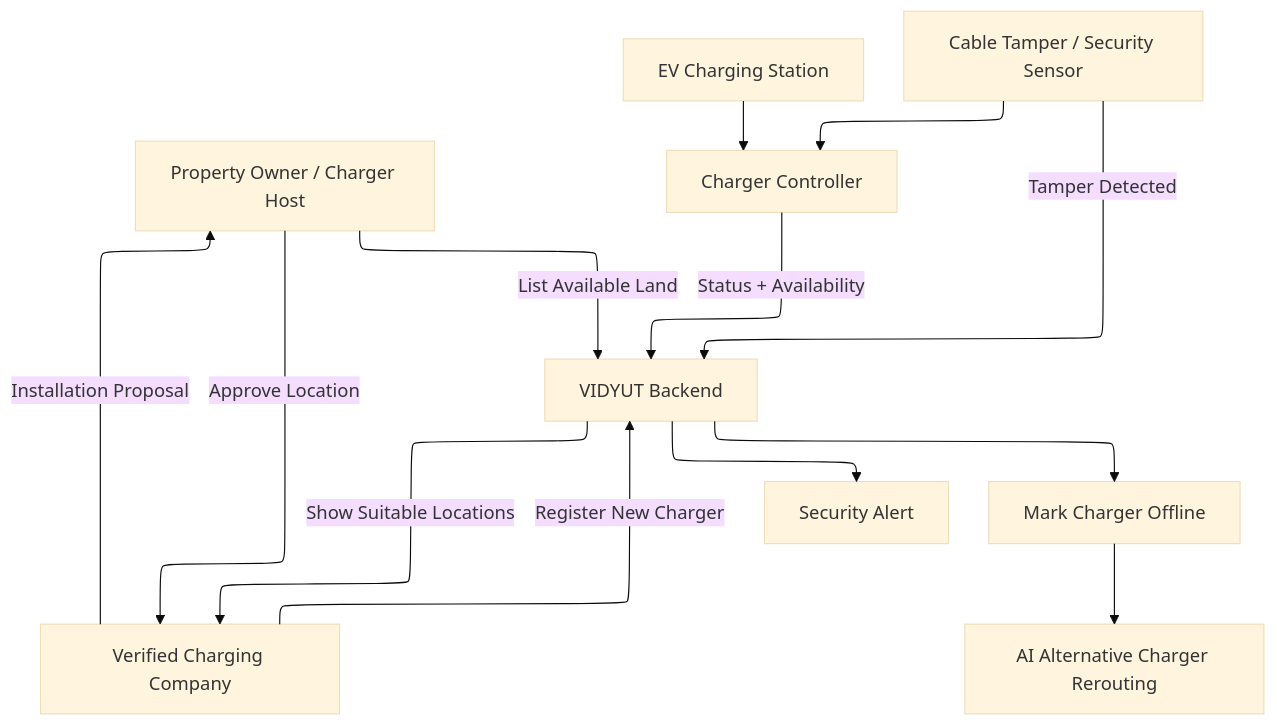
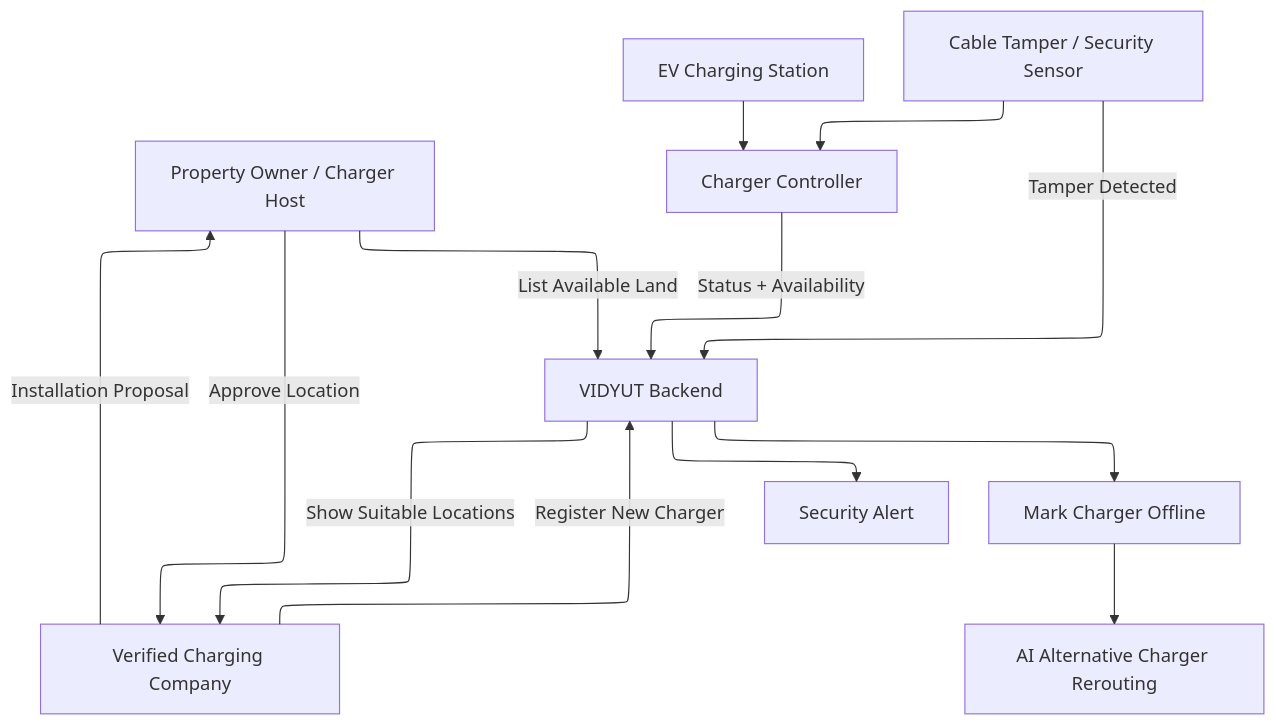
One commit to cs1m2414238/vidyutEV-1.0 changed the second of 2 diagrams in README.md. Above: the diagram before and after it, drawn with Mermaid.

Commit message:
Update mermaid diagram theme to 'natural'
Changed the theme in the mermaid diagram configuration from 'base' to 'natural'.

````diff
--- a/README.md
+++ b/README.md
@@ -59,19 +59,19 @@
 ```mermaid
 ---
 config:
   layout: elk
-  theme: base
+  theme: natural
 ---
 flowchart TB
     HOST["Property Owner / Charger Host"] -- List Available Land --> BACKEND["VIDYUT Backend"]
     BACKEND -- Show Suitable Locations --> COMPANY["Verified Charging Company"]
     COMPANY -- Installation Proposal --> HOST
     HOST -- Approve Location --> COMPANY
     COMPANY -- Register New Charger --> BACKEND
     STATION["EV Charging Station"] --> CONTROLLER["Charger Controller"]
     SENSOR["Cable Tamper / Security Sensor"] --> CONTROLLER
     CONTROLLER -- Status + Availability --> BACKEND
     SENSOR -- Tamper Detected --> BACKEND
     BACKEND --> ALERT["Security Alert"] & OFFLINE["Mark Charger Offline"]
     OFFLINE --> REROUTE["AI Alternative Charger Rerouting"]
 ```
````
